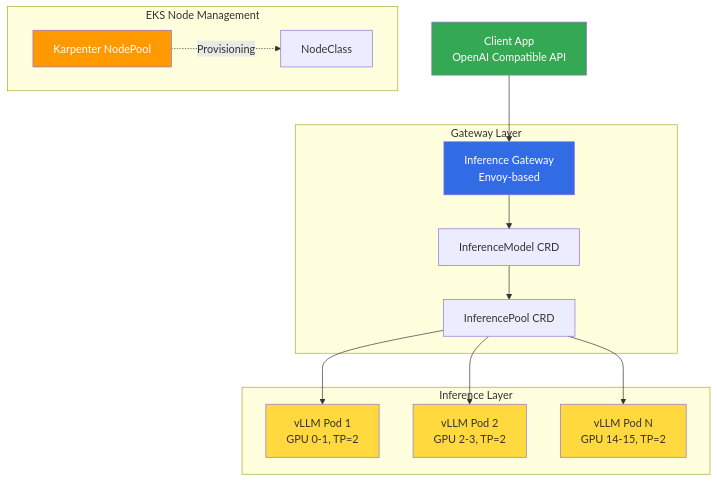
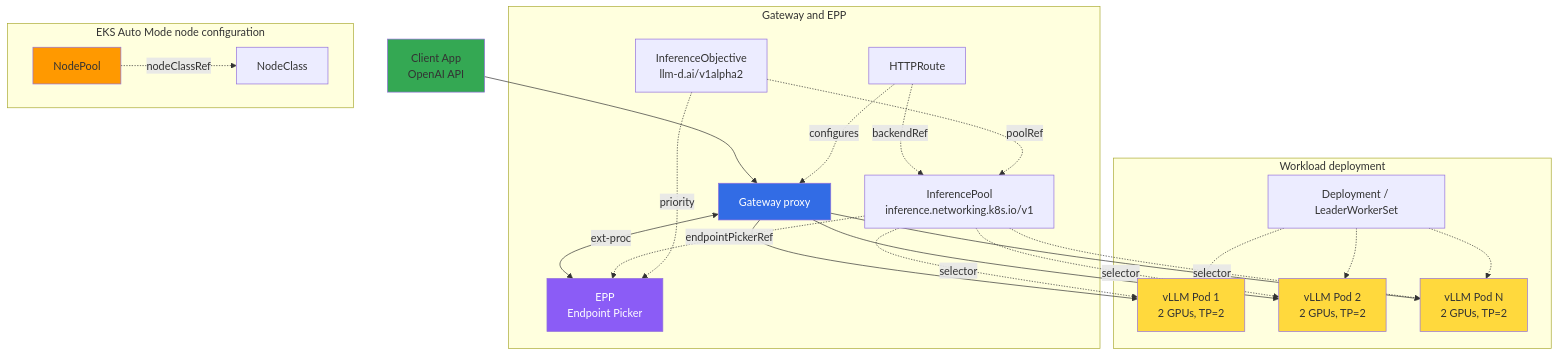
One commit to devfloor9/engineering-playbook changed the third of 3 diagrams in i18n/en/docusaurus-plugin-content-docs/current/agentic-ai-platform/model-serving/inference-optimization/kv-cache-optimization.md. Above: the diagram before and after it, drawn with Mermaid. The commit also changed other lines of this file and 10 other files, not shown here.

First line of the commit message:
docs: reconcile llm-d routing and workload guidance

````diff
--- a/i18n/en/docusaurus-plugin-content-docs/current/agentic-ai-platform/model-serving/inference-optimization/kv-cache-optimization.md
+++ b/i18n/en/docusaurus-plugin-content-docs/current/agentic-ai-platform/model-serving/inference-optimization/kv-cache-optimization.md
@@ -174,36 +177,45 @@
 ```mermaid
 flowchart TB
-    CLIENT[Client App<br/>OpenAI Compatible API]
-
-    subgraph Gateway["Gateway Layer"]
-        GW[Inference Gateway<br/>Envoy-based]
-        IM[InferenceModel CRD]
-        IP[InferencePool CRD]
+    CLIENT[Client App<br/>OpenAI API]
+    subgraph Routing["Gateway and EPP"]
+        GW[Gateway proxy]
+        EPP[EPP<br/>Endpoint Picker]
+        HR[HTTPRoute]
+        IP[InferencePool<br/>inference.networking.k8s.io/v1]
+        IO[InferenceObjective<br/>llm-d.ai/v1alpha2]
     end
-
-    subgraph Inference["Inference Layer"]
-        V1[vLLM Pod 1<br/>GPU 0-1, TP=2]
-        V2[vLLM Pod 2<br/>GPU 2-3, TP=2]
-        VN[vLLM Pod N<br/>GPU 14-15, TP=2]
+    subgraph Workload["Workload deployment"]
+        DEP[Deployment / LeaderWorkerSet]
+        V1[vLLM Pod 1<br/>2 GPUs, TP=2]
+        V2[vLLM Pod 2<br/>2 GPUs, TP=2]
+        VN[vLLM Pod N<br/>2 GPUs, TP=2]
     end
-
-    subgraph Node["EKS Node Management"]
-        NP[Karpenter NodePool]
+    subgraph Nodes["EKS Auto Mode node configuration"]
+        NP[NodePool]
         NC[NodeClass]
     end
-
     CLIENT --> GW
-    GW --> IM
-    IM --> IP
-    IP --> V1
-    IP --> V2
-    IP --> VN
-    NP -.->|Provisioning| NC
-
-    style CLIENT fill:#34a853,color:#fff
+    GW <-->|ext-proc| EPP
+    GW --> V1
+    GW --> V2
+    GW --> VN
+    HR -.->|configures| GW
+    HR -.->|backendRef| IP
+    IP -.->|endpointPickerRef| EPP
+    IP -.->|selector| V1
+    IP -.->|selector| V2
+    IP -.->|selector| VN
+    IO -.->|poolRef| IP
+    IO -.->|priority| EPP
+    DEP -.-> V1
+    DEP -.-> V2
+    DEP -.-> VN
+    NP -.->|nodeClassRef| NC
+    style CLIENT fill:#34a853
     style GW fill:#326ce5,color:#fff
+    style EPP fill:#8b5cf6,color:#fff
     style V1 fill:#ffd93d
     style V2 fill:#ffd93d
     style VN fill:#ffd93d
-    style NP fill:#ff9900,color:#fff
+    style NP fill:#ff9900
 ```
````
